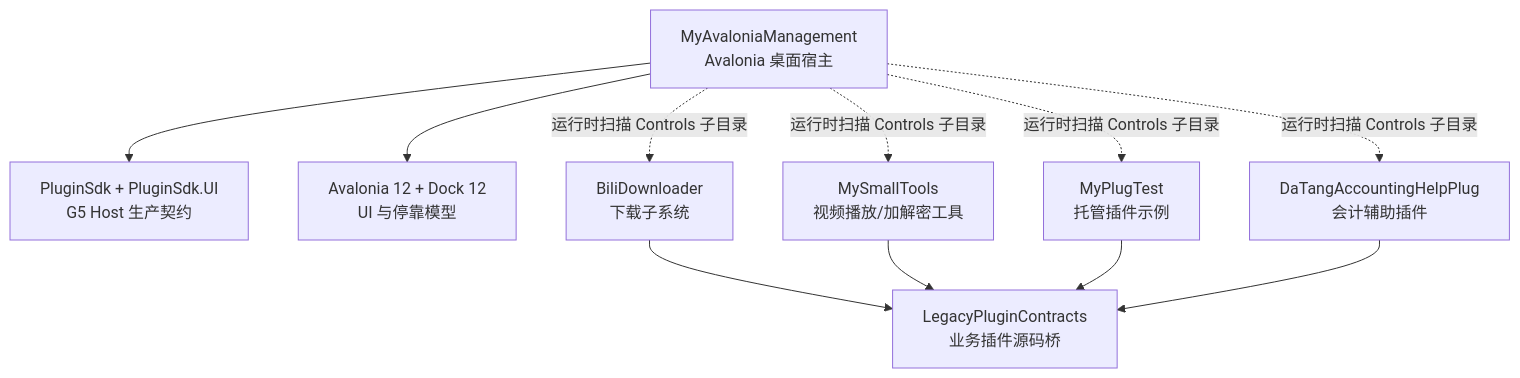
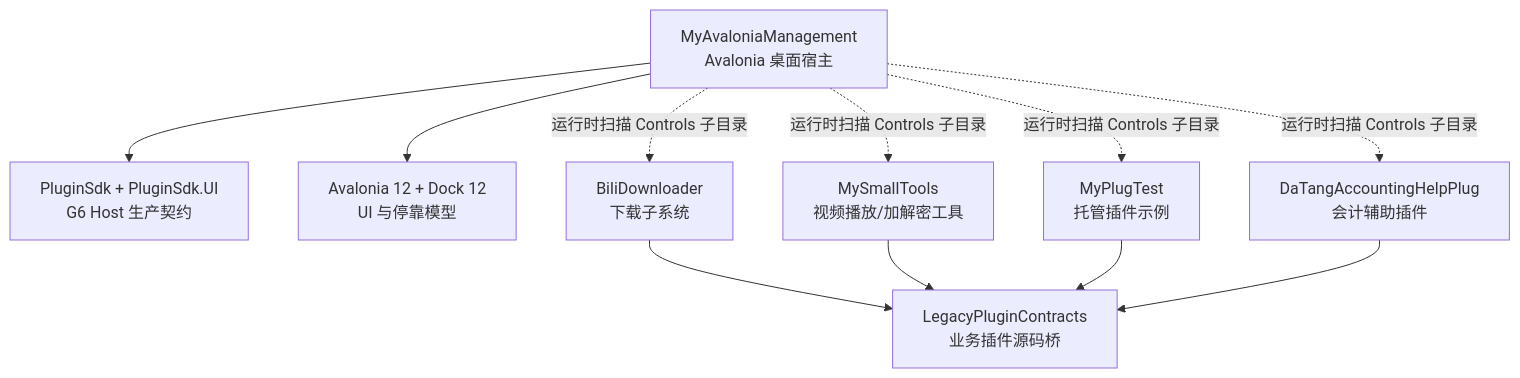
Before and after one commit to crownclowngx/avalonia_dock_simple_test: the first of 5 diagrams in docs/design/host-plugin-architecture-review.md, drawn with Mermaid. The commit also changed other lines of this file and 53 other files, not shown here.

````diff
--- a/docs/design/host-plugin-architecture-review.md
+++ b/docs/design/host-plugin-architecture-review.md
@@ -33,24 +33,24 @@
 ```mermaid
 flowchart TB
     Host["MyAvaloniaManagement<br/>Avalonia 桌面宿主"]
-    Sdk["PluginSdk + PluginSdk.UI<br/>G5 Host 生产契约"]
+    Sdk["PluginSdk + PluginSdk.UI<br/>G6 Host 生产契约"]
     Legacy["LegacyPluginContracts<br/>业务插件源码桥"]
     Dock["Avalonia 12 + Dock 12<br/>UI 与停靠模型"]
 
     Bili["BiliDownloader<br/>下载子系统"]
     Small["MySmallTools<br/>视频播放/加解密工具"]
     TestPlug["MyPlugTest<br/>托管插件示例"]
     DaTang["DaTangAccountingHelpPlug<br/>会计辅助插件"]
 
     Host --> Sdk
     Host --> Dock
     Bili --> Legacy
     Small --> Legacy
     TestPlug --> Legacy
     DaTang --> Legacy
 
     Host -. "运行时扫描 Controls 子目录" .-> Bili
     Host -. "运行时扫描 Controls 子目录" .-> Small
     Host -. "运行时扫描 Controls 子目录" .-> TestPlug
     Host -. "运行时扫描 Controls 子目录" .-> DaTang
 ```
````
